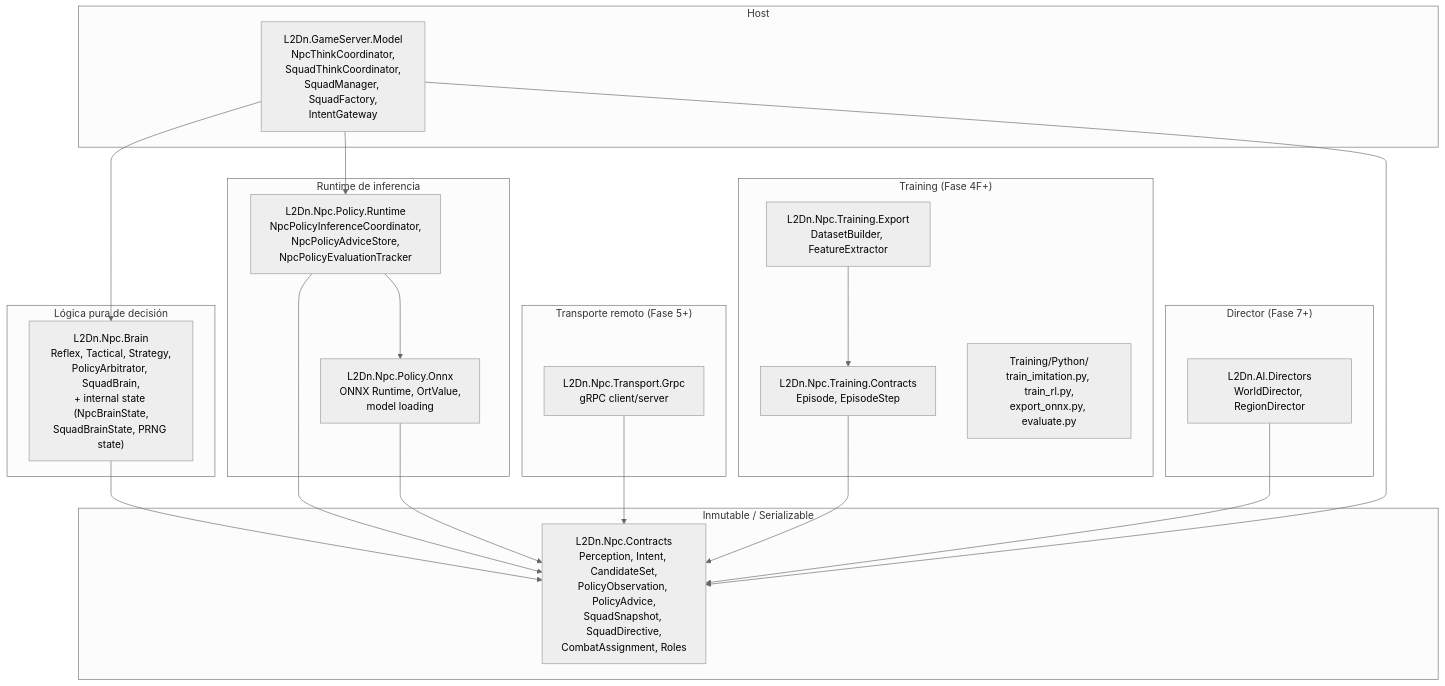
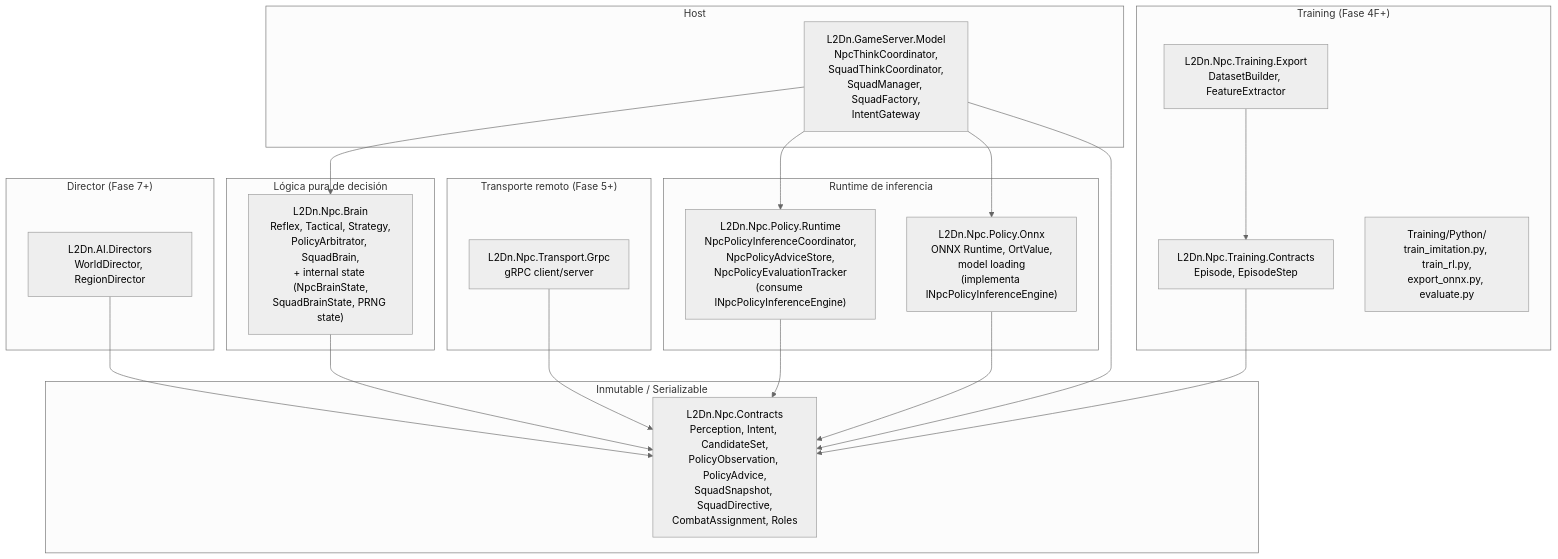
Before and after one commit to Oravlalesco/l2dn-server: the fourth of 4 diagrams in L2Dn/Documentation/Architecture/Roadmap/00_Roadmap_Maestro.md, drawn with Mermaid (neutral theme). The commit also changed other lines of this file and 4 other files, not shown here.

````diff
--- a/L2Dn/Documentation/Architecture/Roadmap/00_Roadmap_Maestro.md
+++ b/L2Dn/Documentation/Architecture/Roadmap/00_Roadmap_Maestro.md
@@ -142,45 +142,45 @@
 ```mermaid
 graph TD
     subgraph "Inmutable / Serializable"
         Contracts["L2Dn.Npc.Contracts\nPerception, Intent, CandidateSet,\nPolicyObservation, PolicyAdvice,\nSquadSnapshot, SquadDirective,\nCombatAssignment, Roles"]
     end
 
     subgraph "Lógica pura de decisión"
         Brain["L2Dn.Npc.Brain\nReflex, Tactical, Strategy,\nPolicyArbitrator, SquadBrain,\n+ internal state (NpcBrainState,\nSquadBrainState, PRNG state)"]
     end
 
     subgraph "Runtime de inferencia"
-        PolicyRuntime["L2Dn.Npc.Policy.Runtime\nNpcPolicyInferenceCoordinator,\nNpcPolicyAdviceStore,\nNpcPolicyEvaluationTracker"]
-        PolicyOnnx["L2Dn.Npc.Policy.Onnx\nONNX Runtime, OrtValue,\nmodel loading"]
+        PolicyRuntime["L2Dn.Npc.Policy.Runtime\nNpcPolicyInferenceCoordinator,\nNpcPolicyAdviceStore,\nNpcPolicyEvaluationTracker\n(consume INpcPolicyInferenceEngine)"]
+        PolicyOnnx["L2Dn.Npc.Policy.Onnx\nONNX Runtime, OrtValue,\nmodel loading\n(implementa INpcPolicyInferenceEngine)"]
     end
 
     subgraph "Transporte remoto (Fase 5+)"
         Transport["L2Dn.Npc.Transport.Grpc\ngRPC client/server"]
     end
 
     subgraph "Training (Fase 4F+)"
         TrainingContracts["L2Dn.Npc.Training.Contracts\nEpisode, EpisodeStep"]
         TrainingExport["L2Dn.Npc.Training.Export\nDatasetBuilder, FeatureExtractor"]
         Python["Training/Python/\ntrain_imitation.py, train_rl.py,\nexport_onnx.py, evaluate.py"]
     end
 
     subgraph "Director (Fase 7+)"
         WorldDir["L2Dn.AI.Directors\nWorldDirector, RegionDirector"]
     end
 
     subgraph "Host"
         GS["L2Dn.GameServer.Model\nNpcThinkCoordinator,\nSquadThinkCoordinator,\nSquadManager, SquadFactory,\nIntentGateway"]
     end
 
     Brain --> Contracts
     PolicyRuntime --> Contracts
     PolicyOnnx --> Contracts
-    PolicyRuntime --> PolicyOnnx
     Transport --> Contracts
     TrainingContracts --> Contracts
     TrainingExport --> TrainingContracts
     WorldDir --> Contracts
     GS --> Brain
     GS --> PolicyRuntime
+    GS --> PolicyOnnx
     GS --> Contracts
 ```
````
